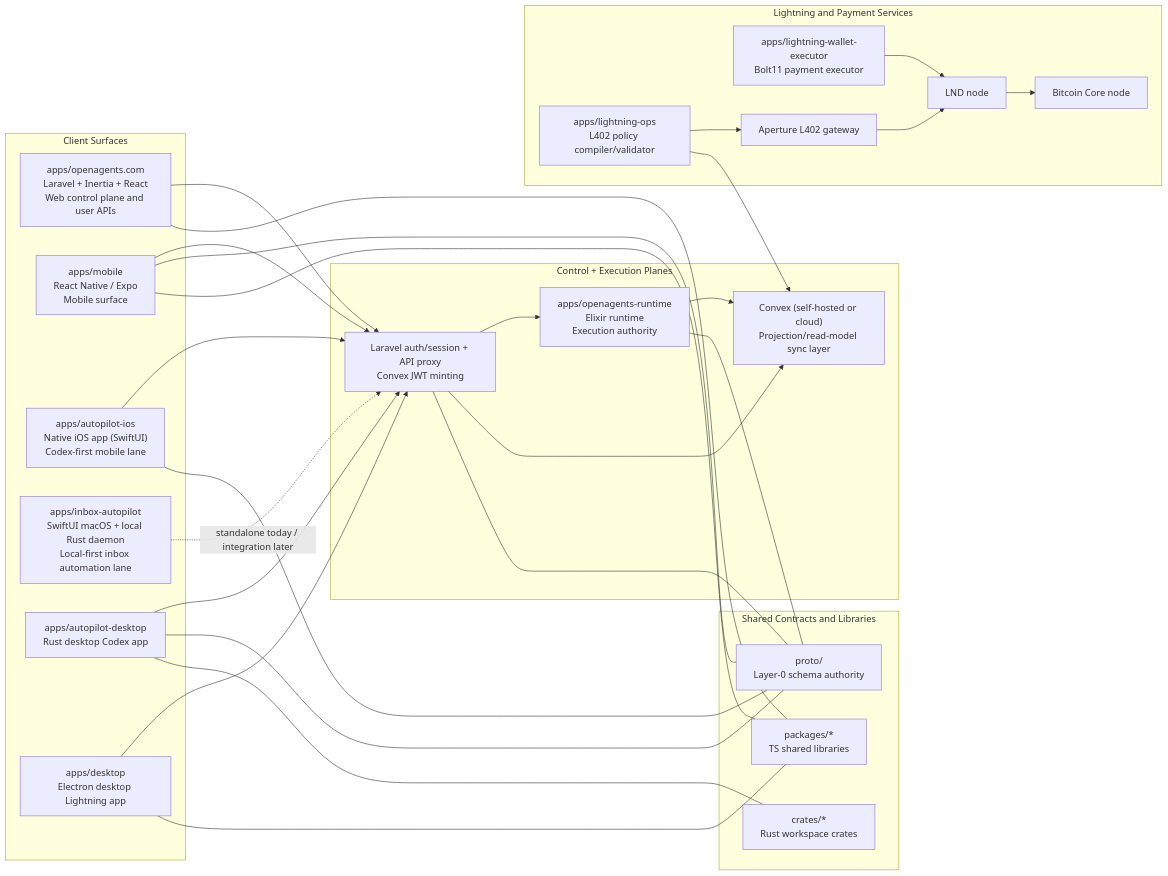
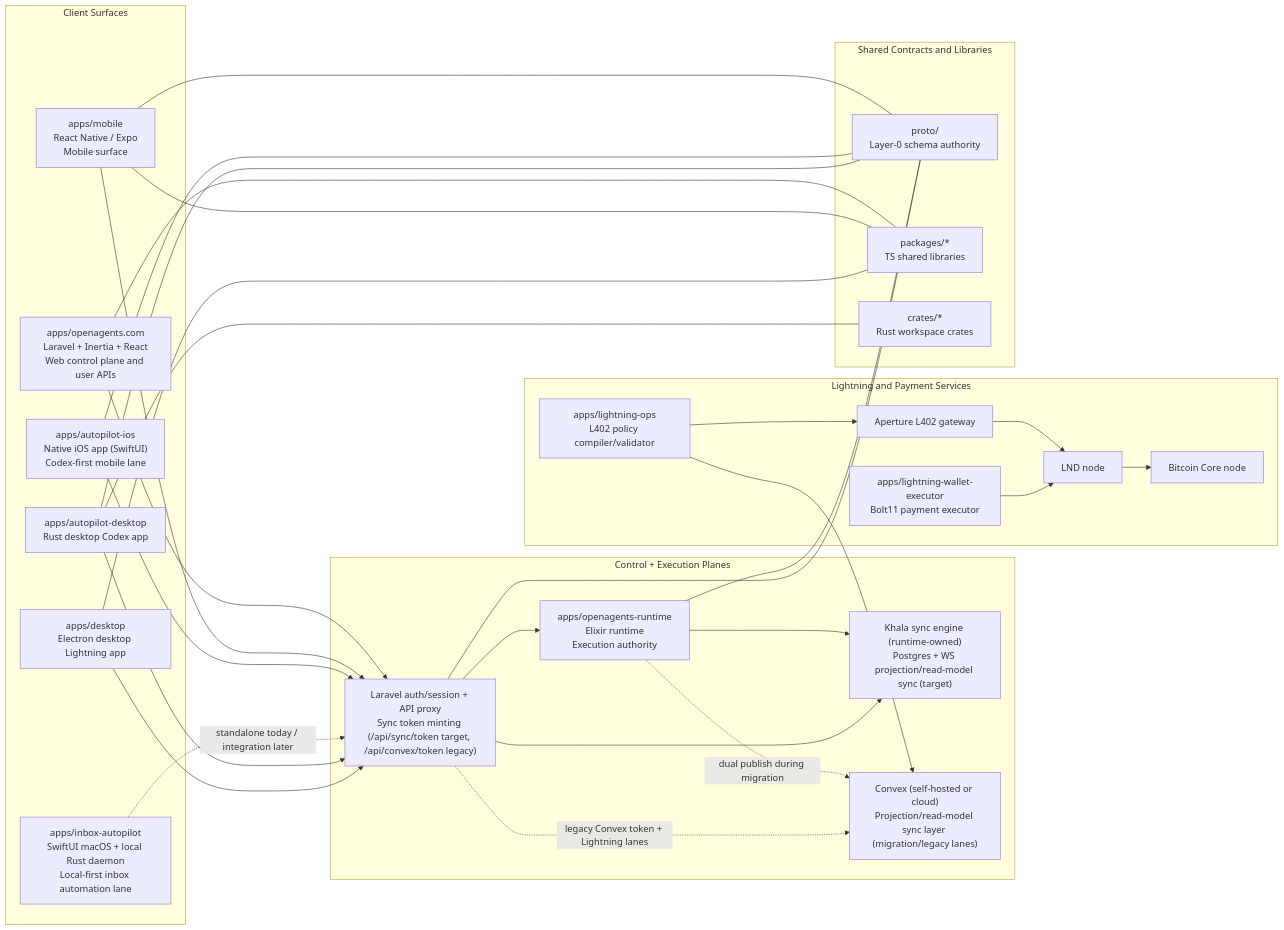
One commit to OpenAgentsInc/openagents changed the diagram in docs/ARCHITECTURE.md. Above: the diagram before and after it, drawn with Mermaid. The commit also changed other lines of this file and 8 other files, not shown here.

Commit message:
docs(sync): codify Khala architecture and issue roadmap

````diff
--- a/docs/ARCHITECTURE.md
+++ b/docs/ARCHITECTURE.md
@@ -15,58 +15,61 @@
 ```mermaid
 flowchart LR
   subgraph clients["Client Surfaces"]
     web["apps/openagents.com<br/>Laravel + Inertia + React<br/>Web control plane and user APIs"]
     mobile["apps/mobile<br/>React Native / Expo<br/>Mobile surface"]
     ios["apps/autopilot-ios<br/>Native iOS app (SwiftUI)<br/>Codex-first mobile lane"]
     inboxAutopilot["apps/inbox-autopilot<br/>SwiftUI macOS + local Rust daemon<br/>Local-first inbox automation lane"]
     rustDesktop["apps/autopilot-desktop<br/>Rust desktop Codex app"]
     electronDesktop["apps/desktop<br/>Electron desktop Lightning app"]
   end
 
   subgraph control["Control + Execution Planes"]
     runtime["apps/openagents-runtime<br/>Elixir runtime<br/>Execution authority"]
-    convex["Convex (self-hosted or cloud)<br/>Projection/read-model sync layer"]
-    laravel["Laravel auth/session + API proxy<br/>Convex JWT minting"]
+    khala["Khala sync engine (runtime-owned)<br/>Postgres + WS projection/read-model sync (target)"]
+    convex["Convex (self-hosted or cloud)<br/>Projection/read-model sync layer (migration/legacy lanes)"]
+    laravel["Laravel auth/session + API proxy<br/>Sync token minting (/api/sync/token target, /api/convex/token legacy)"]
   end
 
   subgraph lightning["Lightning and Payment Services"]
     lops["apps/lightning-ops<br/>L402 policy compiler/validator"]
     lwe["apps/lightning-wallet-executor<br/>Bolt11 payment executor"]
     lnd["LND node"]
     bitcoind["Bitcoin Core node"]
     aperture["Aperture L402 gateway"]
   end
 
   subgraph contracts["Shared Contracts and Libraries"]
     proto["proto/<br/>Layer-0 schema authority"]
     packages["packages/*<br/>TS shared libraries"]
     crates["crates/*<br/>Rust workspace crates"]
   end
 
   web --> laravel
   mobile --> laravel
   ios --> laravel
   inboxAutopilot -.->|"standalone today / integration later"| laravel
   rustDesktop --> laravel
   electronDesktop --> laravel
 
   laravel --> runtime
-  runtime --> convex
-  laravel --> convex
+  runtime --> khala
+  laravel --> khala
+  runtime -.->|"dual publish during migration"| convex
+  laravel -.->|"legacy Convex token + Lightning lanes"| convex
 
   lops --> aperture
   lops --> convex
   aperture --> lnd
   lwe --> lnd
   lnd --> bitcoind
 
   runtime --- proto
   laravel --- proto
   mobile --- proto
   ios --- proto
   rustDesktop --- proto
   web --- packages
   mobile --- packages
   electronDesktop --- packages
   rustDesktop --- crates
 ```
````
